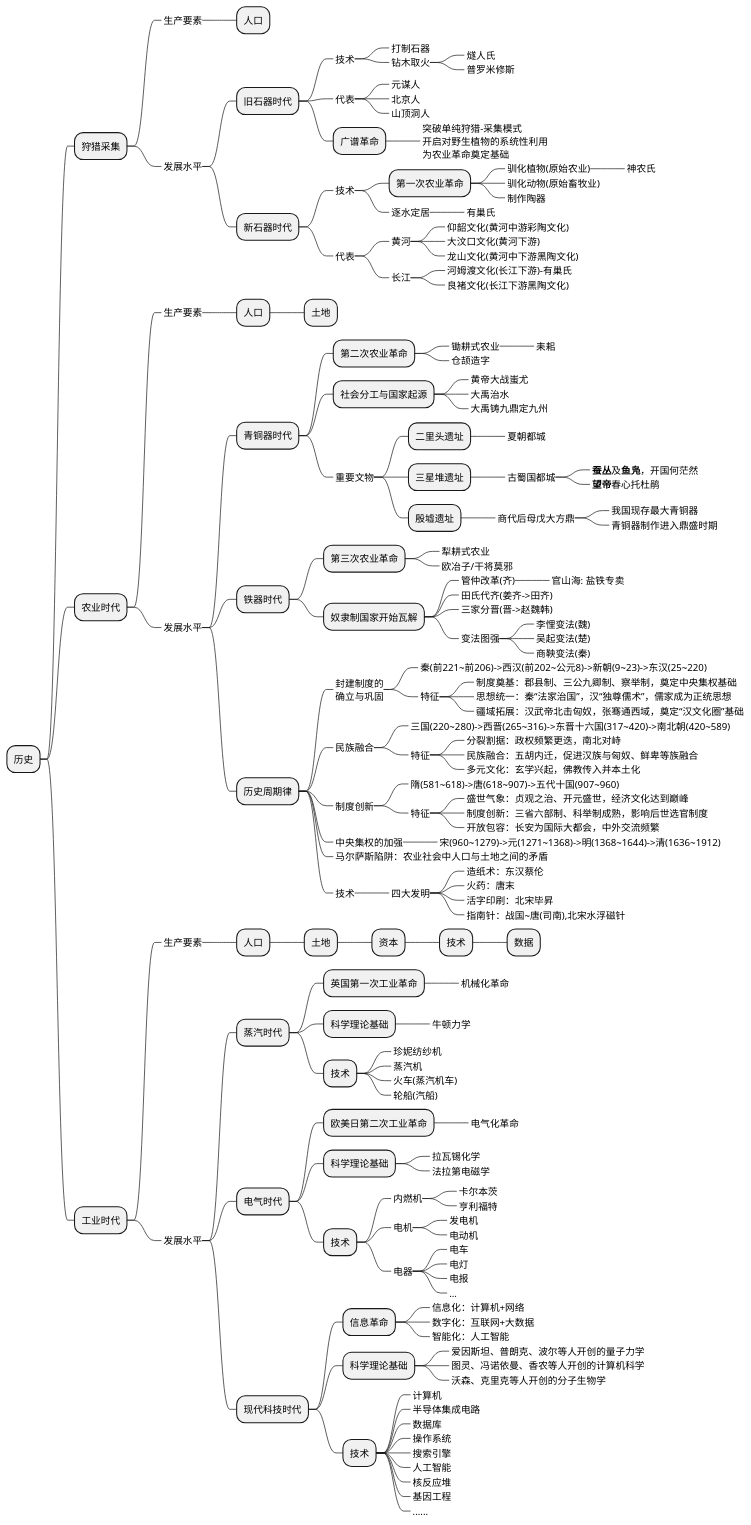
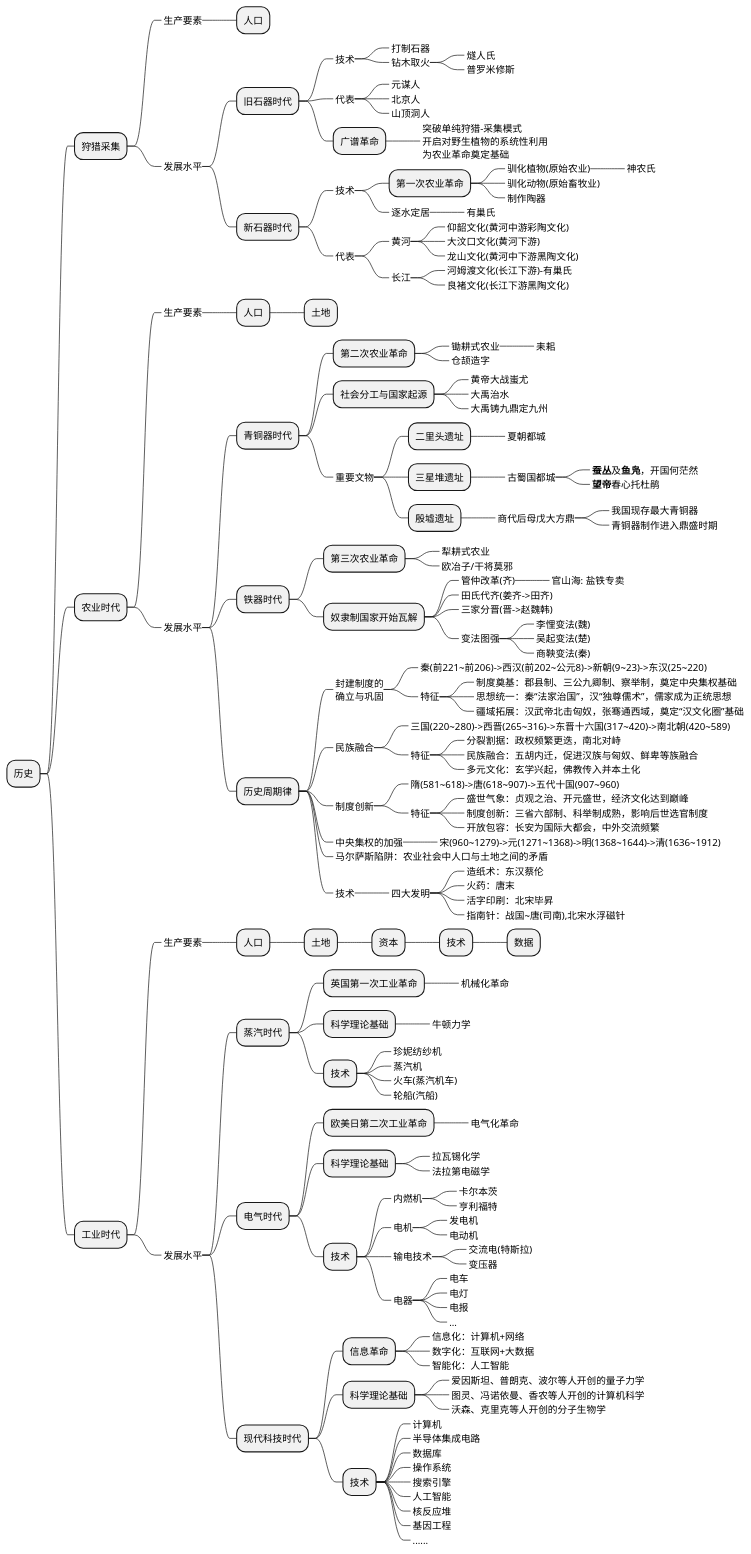
One commit to holmofy/blog.hufeifei.cn changed the first of 2 diagrams in source/_posts/economic/economic_and_history.md. Above: the diagram before and after it, drawn with PlantUML.

```diff
--- a/source/_posts/economic/economic_and_history.md
+++ b/source/_posts/economic/economic_and_history.md
@@ -148,6 +148,9 @@
 ++++++_ 电机
 +++++++_ 发电机
 +++++++_ 电动机
+++++++_ 输电技术
++++++++_ 交流电(特斯拉)
++++++++_ 变压器
 ++++++_ 电器
 +++++++_ 电车
 +++++++_ 电灯
```
